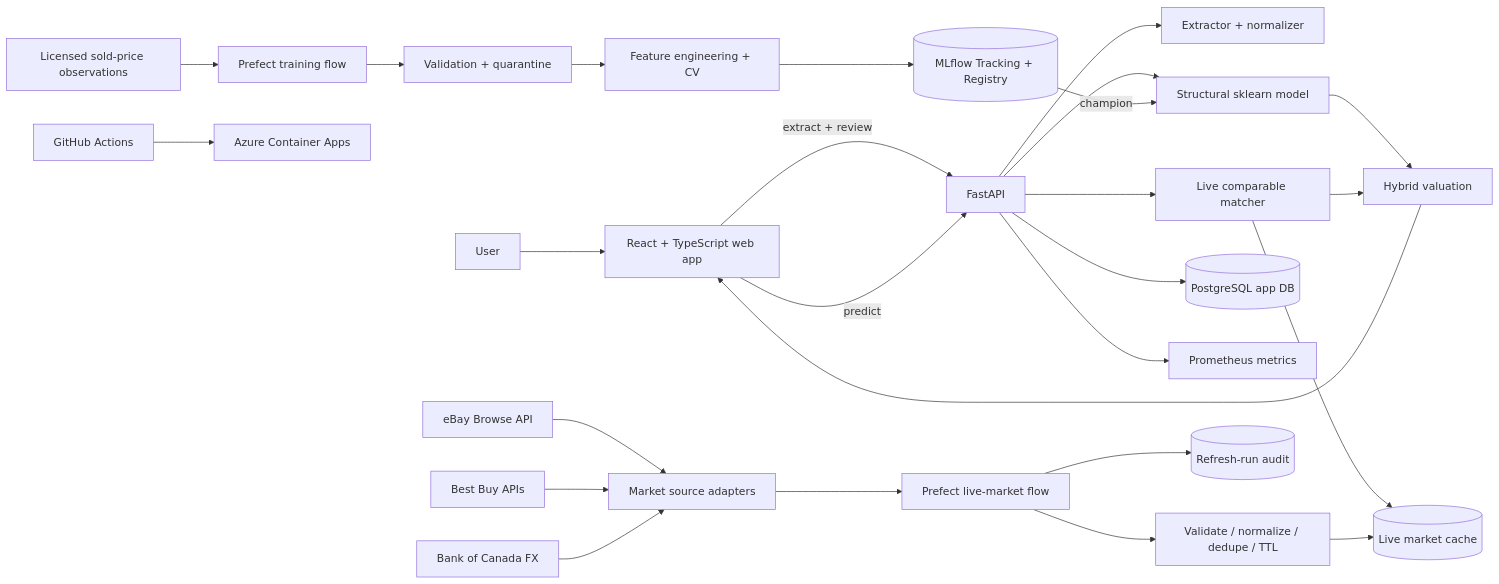
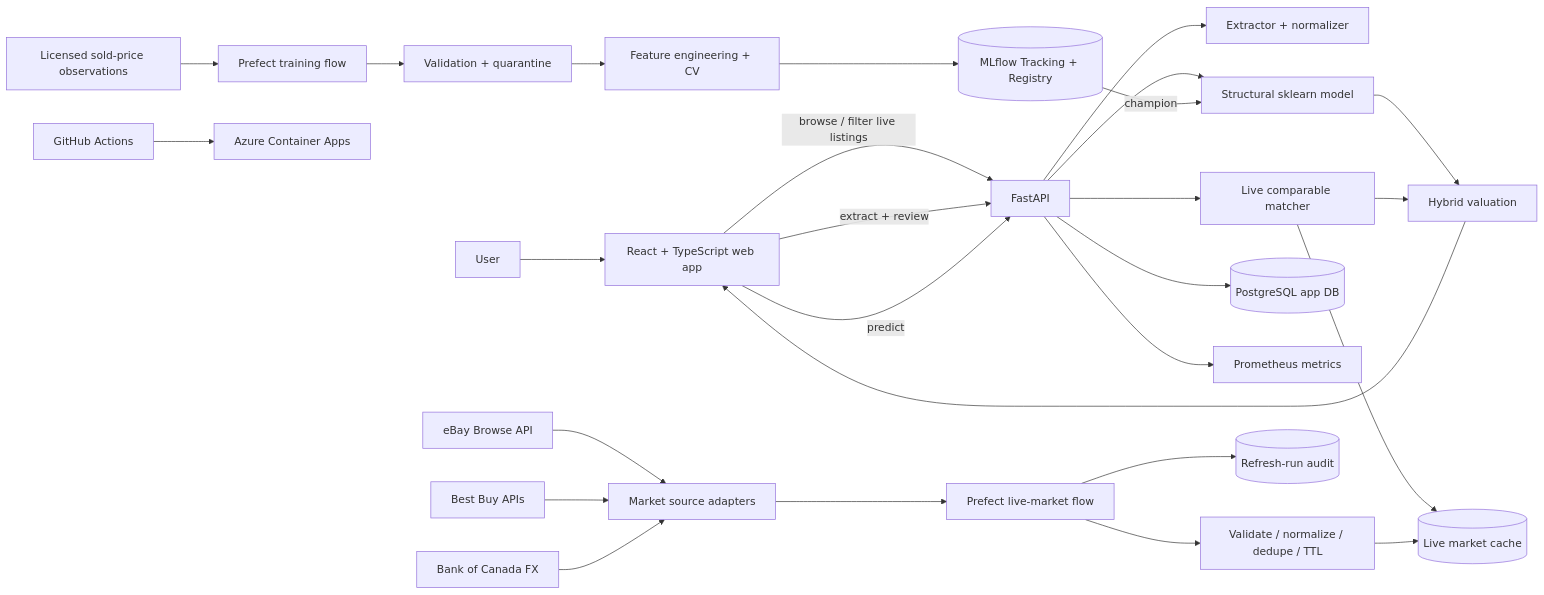
Before and after one commit to Youssif-AB/pc-value-analyzer-market: the diagram in docs/architecture.md, drawn with Mermaid. The commit also changed other lines of this file and 23 other files, not shown here.

````diff
--- a/docs/architecture.md
+++ b/docs/architecture.md
@@ -3,31 +3,32 @@
 ```mermaid
 flowchart LR
     U[User] --> FE[React + TypeScript web app]
-    FE -->|extract + review| API[FastAPI]
+    FE -->|browse / filter live listings| API[FastAPI]
+    FE -->|extract + review| API
     FE -->|predict| API
     API --> EXT[Extractor + normalizer]
     API --> BASE[Structural sklearn model]
     API --> COMP[Live comparable matcher]
     COMP --> MC[(Live market cache)]
     BASE --> BLEND[Hybrid valuation]
     COMP --> BLEND
     BLEND --> FE
     API --> PG[(PostgreSQL app DB)]
     API --> PROM[Prometheus metrics]
 
     EB[eBay Browse API] --> SRC[Market source adapters]
     BB[Best Buy APIs] --> SRC
     FX[Bank of Canada FX] --> SRC
     SRC --> PF[Prefect live-market flow]
     PF --> DQ[Validate / normalize / dedupe / TTL]
     DQ --> MC
     PF --> RUNS[(Refresh-run audit)]
 
     SOLD[Licensed sold-price observations] --> TF[Prefect training flow]
     TF --> CLEAN[Validation + quarantine]
     CLEAN --> TRAIN[Feature engineering + CV]
     TRAIN --> MLF[(MLflow Tracking + Registry)]
     MLF -->|champion| BASE
 
     GHA[GitHub Actions] --> AZ[Azure Container Apps]
 ```
````
